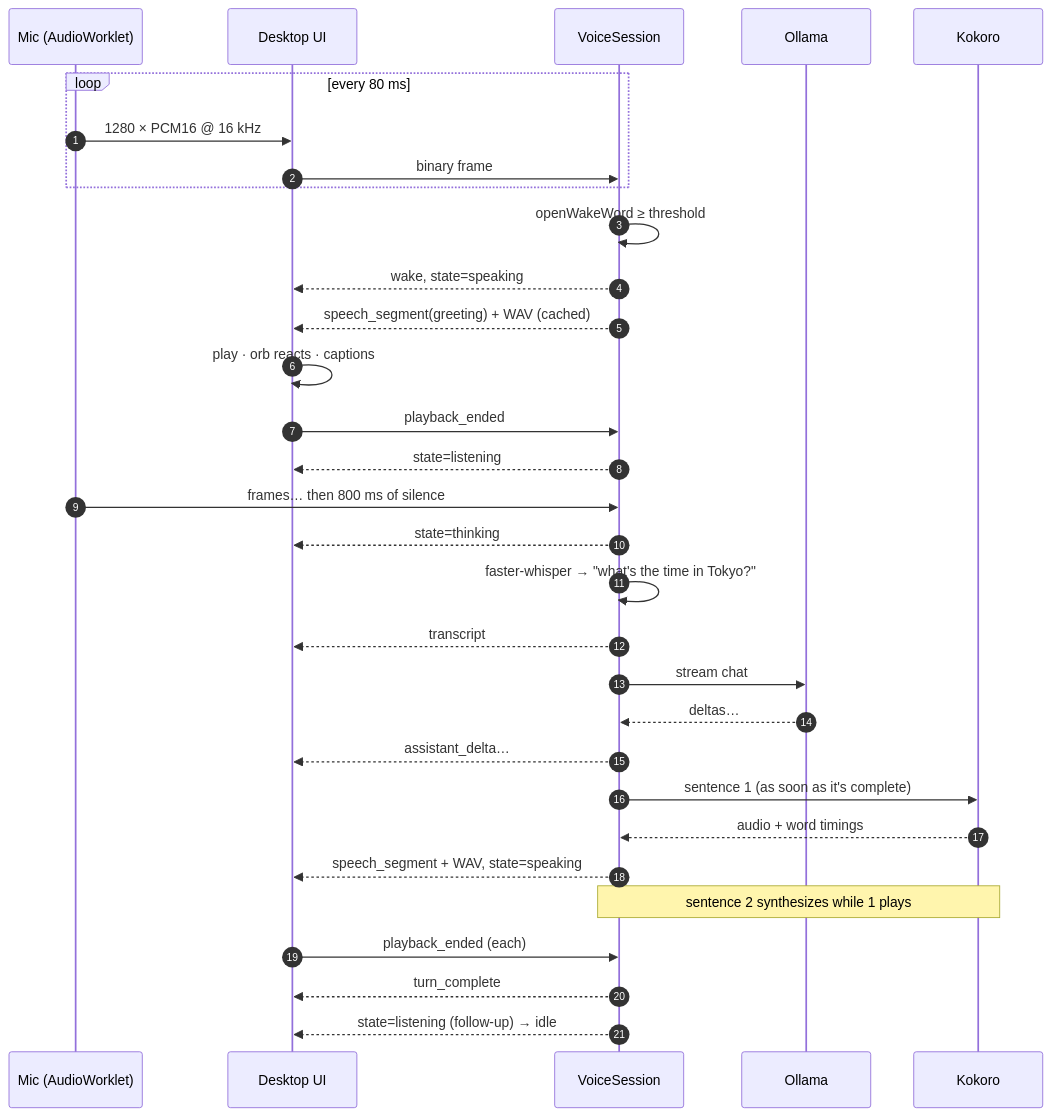
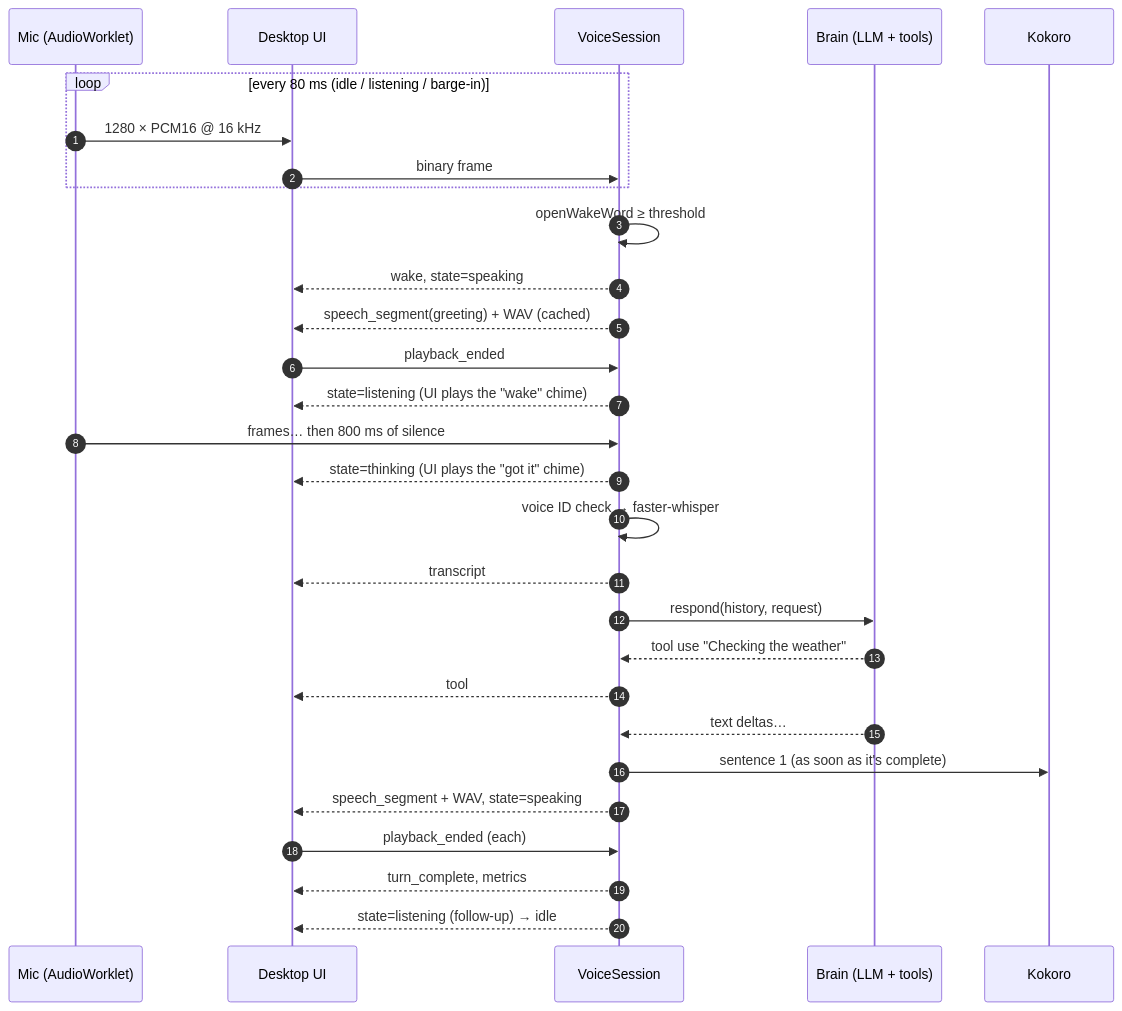
Before and after one commit to acn-ryanpacot/aidashboard: the first of 2 diagrams in docs/architecture/voice-pipeline.md, drawn with Mermaid. The commit also changed other lines of this file and 100 other files, not shown here.

````diff
--- a/docs/architecture/voice-pipeline.md
+++ b/docs/architecture/voice-pipeline.md
@@ -5,34 +5,32 @@
 ```mermaid
 sequenceDiagram
     autonumber
     participant Mic as Mic (AudioWorklet)
     participant UI as Desktop UI
     participant Core as VoiceSession
-    participant LLM as Ollama
+    participant Brain as Brain (LLM + tools)
     participant TTS as Kokoro
 
-    loop every 80 ms
+    loop every 80 ms (idle / listening / barge-in)
         Mic->>UI: 1280 × PCM16 @ 16 kHz
         UI->>Core: binary frame
     end
     Core->>Core: openWakeWord ≥ threshold
     Core-->>UI: wake, state=speaking
     Core-->>UI: speech_segment(greeting) + WAV (cached)
-    UI->>UI: play · orb reacts · captions
     UI->>Core: playback_ended
-    Core-->>UI: state=listening
+    Core-->>UI: state=listening  (UI plays the "wake" chime)
     Mic->>Core: frames… then 800 ms of silence
-    Core-->>UI: state=thinking
-    Core->>Core: faster-whisper → "what's the time in Tokyo?"
+    Core-->>UI: state=thinking   (UI plays the "got it" chime)
+    Core->>Core: voice ID check → faster-whisper
     Core-->>UI: transcript
-    Core->>LLM: stream chat
-    LLM-->>Core: deltas…
-    Core-->>UI: assistant_delta…
+    Core->>Brain: respond(history, request)
+    Brain-->>Core: tool use "Checking the weather"
+    Core-->>UI: tool
+    Brain-->>Core: text deltas…
     Core->>TTS: sentence 1 (as soon as it's complete)
-    TTS-->>Core: audio + word timings
     Core-->>UI: speech_segment + WAV, state=speaking
-    Note over Core,TTS: sentence 2 synthesizes while 1 plays
     UI->>Core: playback_ended (each)
-    Core-->>UI: turn_complete
+    Core-->>UI: turn_complete, metrics
     Core-->>UI: state=listening (follow-up) → idle
 ```
````
